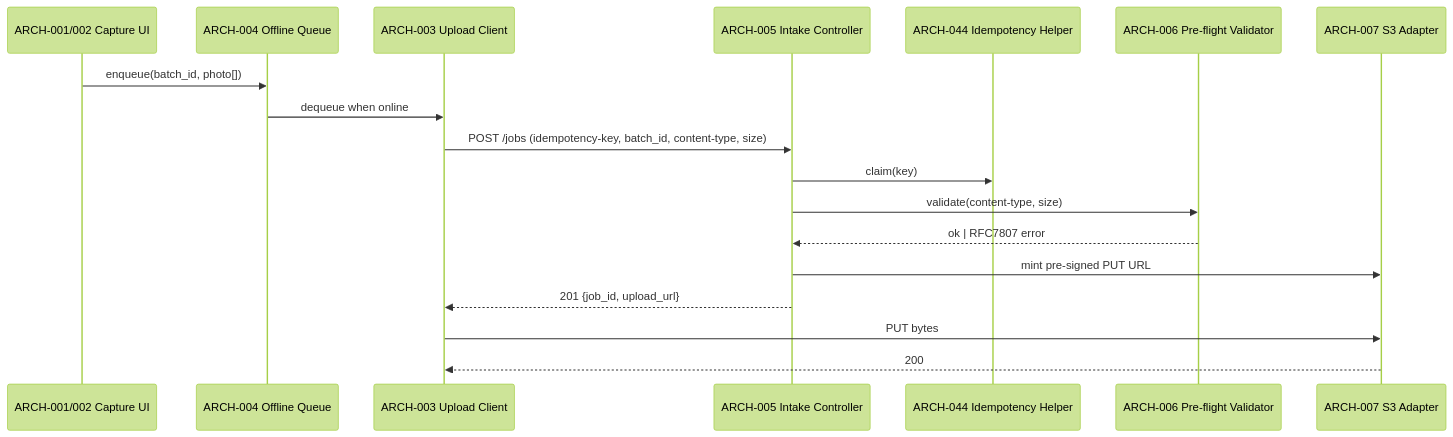
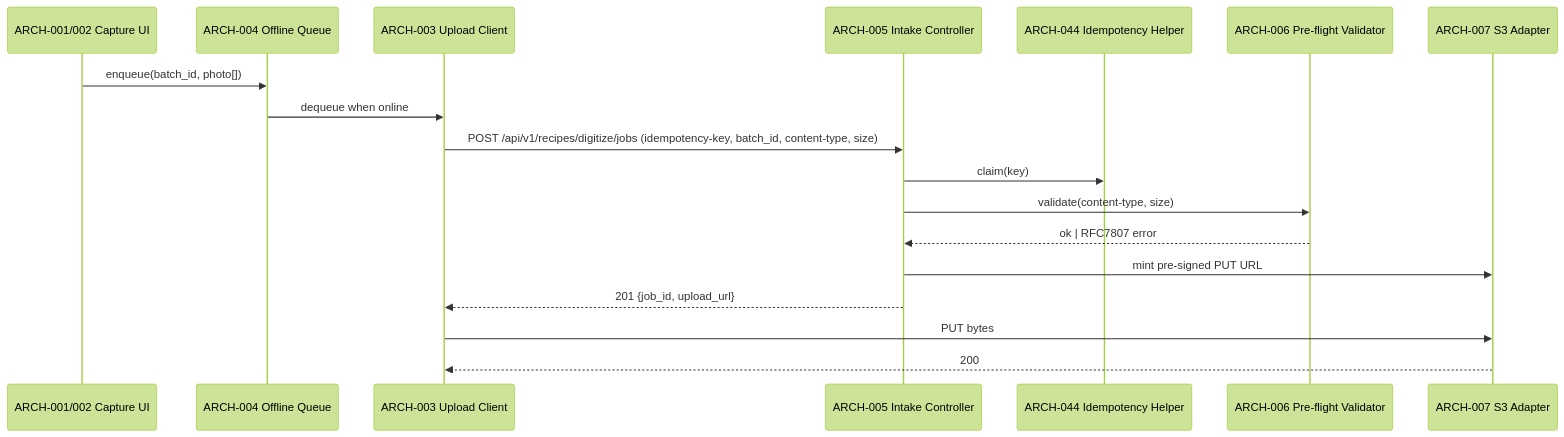
The first of 6 diagrams in specs/011-recipe-digitization/v-model/architecture-design.md (radicle-co/KitchenSink), drawn with Mermaid (forest theme) before and after one commit. The commit also changed other lines of this file and 98 other files, not shown here.

````diff
--- a/specs/011-recipe-digitization/v-model/architecture-design.md
+++ b/specs/011-recipe-digitization/v-model/architecture-design.md
@@ -104,21 +104,21 @@
 ```mermaid
 sequenceDiagram
     participant Cap as ARCH-001/002 Capture UI
     participant Que as ARCH-004 Offline Queue
     participant Up as ARCH-003 Upload Client
     participant API as ARCH-005 Intake Controller
     participant Idem as ARCH-044 Idempotency Helper
     participant Val as ARCH-006 Pre-flight Validator
     participant S3 as ARCH-007 S3 Adapter
 
     Cap->>Que: enqueue(batch_id, photo[])
     Que->>Up: dequeue when online
-    Up->>API: POST /jobs (idempotency-key, batch_id, content-type, size)
+    Up->>API: POST /api/v1/recipes/digitize/jobs (idempotency-key, batch_id, content-type, size)
     API->>Idem: claim(key)
     API->>Val: validate(content-type, size)
     Val-->>API: ok | RFC7807 error
     API->>S3: mint pre-signed PUT URL
     API-->>Up: 201 {job_id, upload_url}
     Up->>S3: PUT bytes
     S3-->>Up: 200
 ```
````
